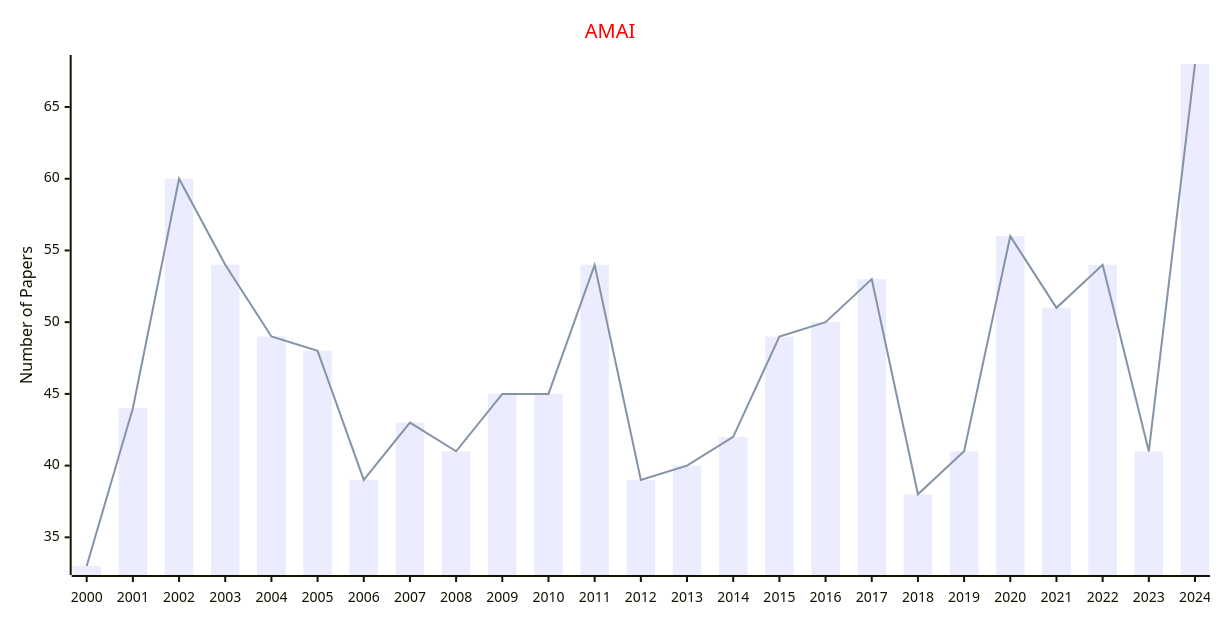
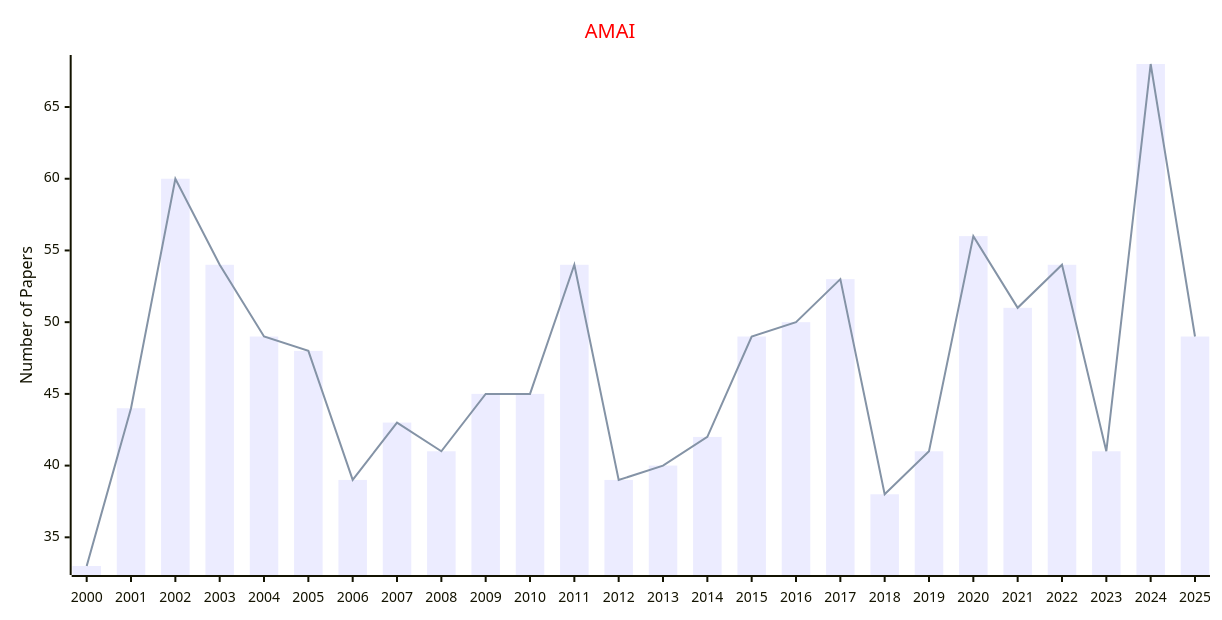
One commit to Easy-PhD/AILinks changed diagram 16 of 27 in docs/data/Journals/Statistics_Journals/Artificial_Intelligence.md. Above: the diagram before and after it, drawn with Mermaid. The commit also changed other lines of this file and 107 other files, not shown here.

````diff
--- a/docs/data/Journals/Statistics_Journals/Artificial_Intelligence.md
+++ b/docs/data/Journals/Statistics_Journals/Artificial_Intelligence.md
@@ -369,17 +369,17 @@
 ```mermaid
 ---
 config:
     xyChart:
         width: 1200
         height: 600
     themeVariables:
         xyChart:
             titleColor: "#ff0000"
 ---
 xychart-beta
     title "AMAI"
-    x-axis [2000, 2001, 2002, 2003, 2004, 2005, 2006, 2007, 2008, 2009, 2010, 2011, 2012, 2013, 2014, 2015, 2016, 2017, 2018, 2019, 2020, 2021, 2022, 2023, 2024]
+    x-axis [2000, 2001, 2002, 2003, 2004, 2005, 2006, 2007, 2008, 2009, 2010, 2011, 2012, 2013, 2014, 2015, 2016, 2017, 2018, 2019, 2020, 2021, 2022, 2023, 2024, 2025]
     y-axis "Number of Papers"
-    bar [33, 44, 60, 54, 49, 48, 39, 43, 41, 45, 45, 54, 39, 40, 42, 49, 50, 53, 38, 41, 56, 51, 54, 41, 68]
-    line [33, 44, 60, 54, 49, 48, 39, 43, 41, 45, 45, 54, 39, 40, 42, 49, 50, 53, 38, 41, 56, 51, 54, 41, 68]
+    bar [33, 44, 60, 54, 49, 48, 39, 43, 41, 45, 45, 54, 39, 40, 42, 49, 50, 53, 38, 41, 56, 51, 54, 41, 68, 49]
+    line [33, 44, 60, 54, 49, 48, 39, 43, 41, 45, 45, 54, 39, 40, 42, 49, 50, 53, 38, 41, 56, 51, 54, 41, 68, 49]
 ```
````
